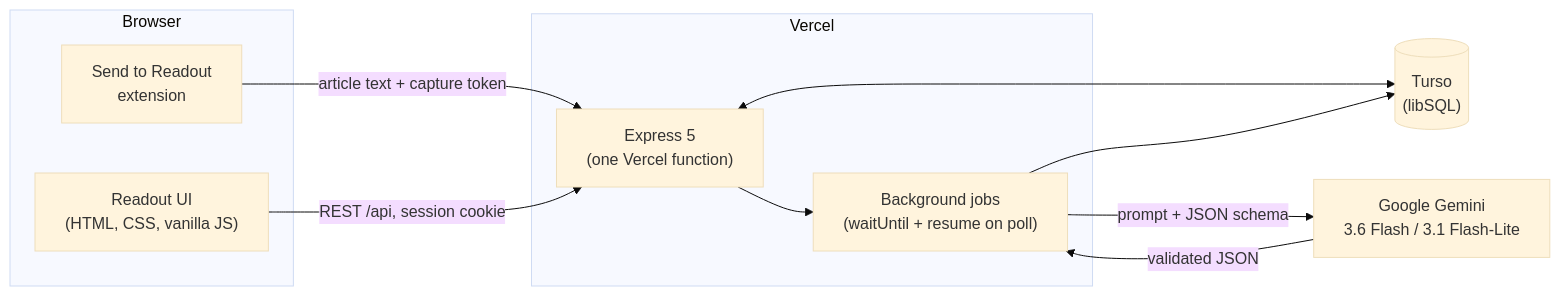
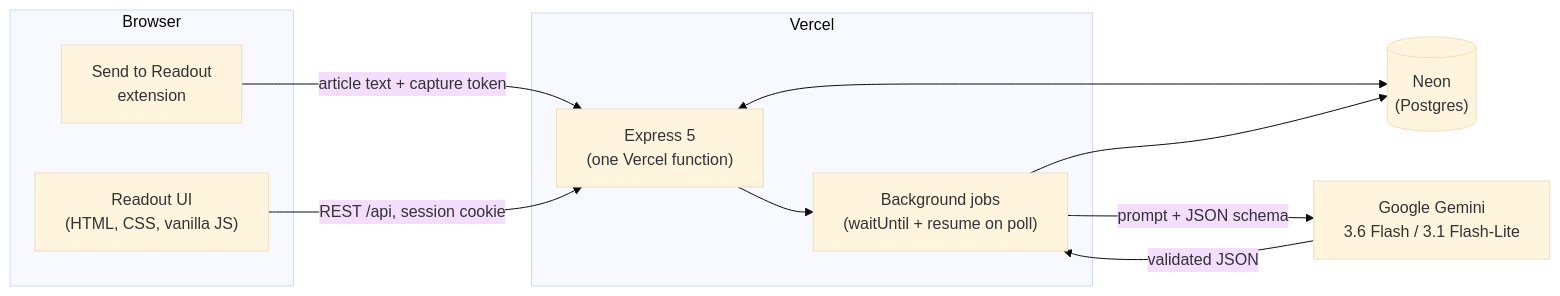
The diagram in README.md (anshullmishra-png/business-reader-ai-journal), drawn with Mermaid (base theme) before and after one commit. The commit also changed other lines of this file and 9 other files, not shown here.

First line of the commit message:
Move the database to Postgres: Neon in production, PGlite locally

````diff
--- a/README.md
+++ b/README.md
@@ -47,20 +47,20 @@
 ```mermaid
 flowchart LR
   subgraph Browser
     UI["Readout UI<br/>(HTML, CSS, vanilla JS)"]
     EXT["Send to Readout<br/>extension"]
   end
   subgraph Vercel
     API["Express 5<br/>(one Vercel function)"]
     JOBS["Background jobs<br/>(waitUntil + resume on poll)"]
   end
-  DB[("Turso<br/>(libSQL)")]
+  DB[("Neon<br/>(Postgres)")]
   AI["Google Gemini<br/>3.6 Flash / 3.1 Flash-Lite"]
   EXT -- "article text + capture token" --> API
   UI -- "REST /api, session cookie" --> API
   API <--> DB
   API --> JOBS
   JOBS -- "prompt + JSON schema" --> AI
   AI -- "validated JSON" --> JOBS
   JOBS --> DB
 ```
````
